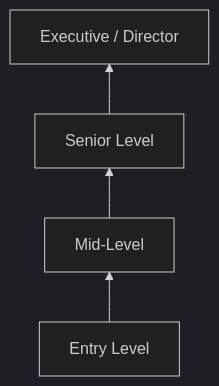
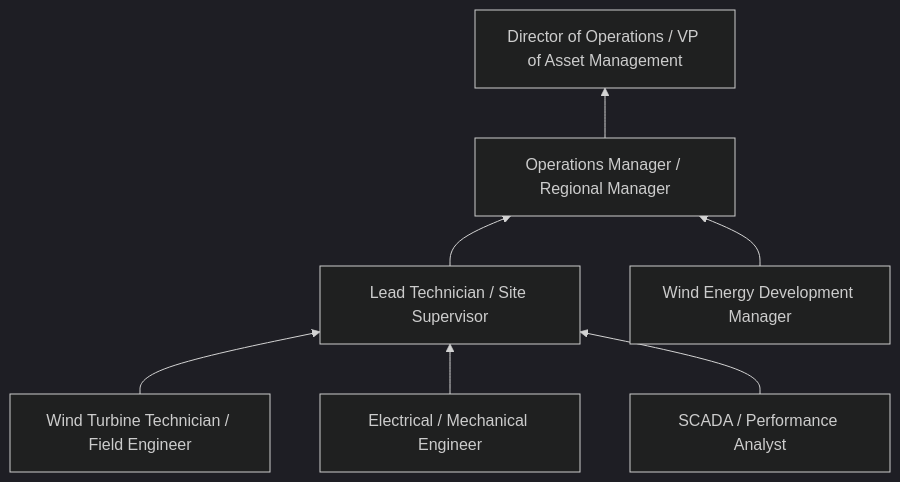
Before and after one commit to kziemski/business.org.ai: the third of 4 diagrams in occupations/Management/WindEnergyOperationsManagers.mdx, drawn with Mermaid (dark theme). The commit also changed other lines of this file and 938 other files, not shown here.

````diff
--- a/occupations/Management/WindEnergyOperationsManagers.mdx
+++ b/occupations/Management/WindEnergyOperationsManagers.mdx
@@ -133,6 +134,10 @@
 ```mermaid
 graph BT
-    Entry["Entry Level"] --> Mid["Mid-Level"]
-    Mid --> Senior["Senior Level"]
-    Senior --> Executive["Executive / Director"]
+    Entry["Wind Turbine Technician / Field Engineer"] --> Mid["Lead Technician / Site Supervisor"]
+    Mid --> Senior["Operations Manager / Regional Manager"]
+    Senior --> Executive["Director of Operations / VP of Asset Management"]
+
+    Alt1["Electrical / Mechanical Engineer"] --> Mid
+    Alt2["SCADA / Performance Analyst"] --> Mid
+    Alt3["Wind Energy Development Manager"] --> Senior
 ```
````
